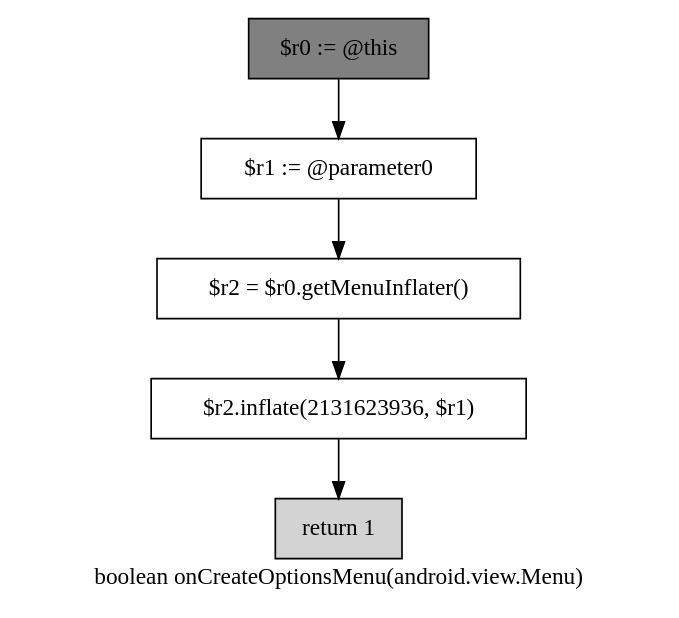
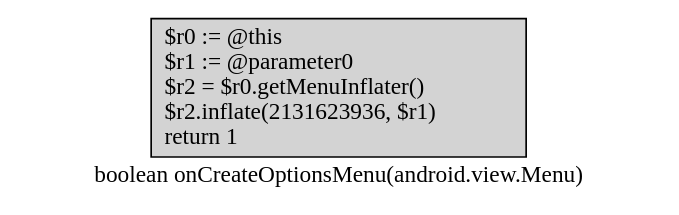
The diagram in soot-infoflow-android-develop/onCreateOptionsMenu.dot (gsrishaila/summer), drawn with Graphviz before and after one commit. The commit also changed 14 other files, not shown here.

```diff
--- a/soot-infoflow-android-develop/onCreateOptionsMenu.dot
+++ b/soot-infoflow-android-develop/onCreateOptionsMenu.dot
@@ -1,13 +1,5 @@
 digraph "boolean onCreateOptionsMenu(android.view.Menu)" {
     label="boolean onCreateOptionsMenu(android.view.Menu)";
     node [shape=box];
-    "0" [style=filled,fillcolor=gray,label="$r0 := @this",];
-    "1" [label="$r1 := @parameter0",];
-    "0"->"1";
-    "2" [label="$r2 = $r0.getMenuInflater()",];
-    "1"->"2";
-    "3" [label="$r2.inflate(2131623936, $r1)",];
-    "2"->"3";
-    "4" [style=filled,fillcolor=lightgray,label="return 1",];
-    "3"->"4";
+    "0" [style=filled,fillcolor=gray,style=filled,fillcolor=lightgray,label="$r0 := @this\l$r1 := @parameter0\l$r2 = $r0.getMenuInflater()\l$r2.inflate(2131623936, $r1)\lreturn 1\l",];
 }
```
